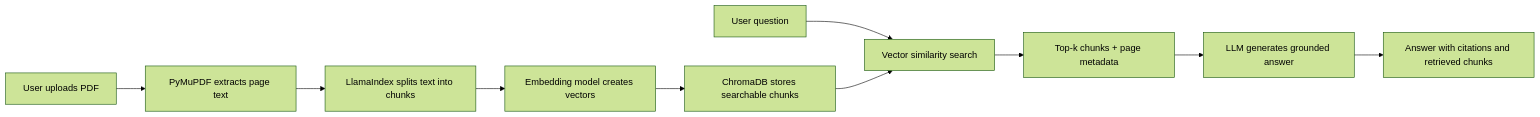
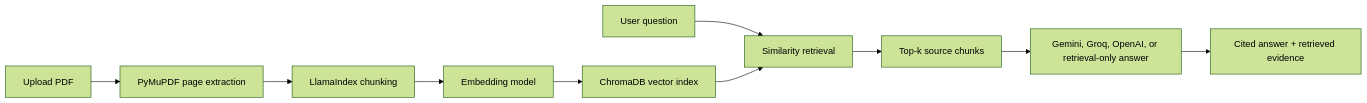
One commit to Shlok22024/RAGistant changed the diagram in README.md. Above: the diagram before and after it, drawn with Mermaid (forest theme). The commit also changed other lines of this file and 2 other files, not shown here.

````diff
--- a/README.md
+++ b/README.md
@@ -13,12 +9,12 @@
 ```mermaid
 flowchart LR
-    A["User uploads PDF"] --> B["PyMuPDF extracts page text"]
-    B --> C["LlamaIndex splits text into chunks"]
-    C --> D["Embedding model creates vectors"]
-    D --> E["ChromaDB stores searchable chunks"]
-    F["User question"] --> G["Vector similarity search"]
+    A["Upload PDF"] --> B["PyMuPDF page extraction"]
+    B --> C["LlamaIndex chunking"]
+    C --> D["Embedding model"]
+    D --> E["ChromaDB vector index"]
+    F["User question"] --> G["Similarity retrieval"]
     E --> G
-    G --> H["Top-k chunks + page metadata"]
-    H --> I["LLM generates grounded answer"]
-    I --> J["Answer with citations and retrieved chunks"]
+    G --> H["Top-k source chunks"]
+    H --> I["Gemini, Groq, OpenAI, or retrieval-only answer"]
+    I --> J["Cited answer + retrieved evidence"]
 ```
````
